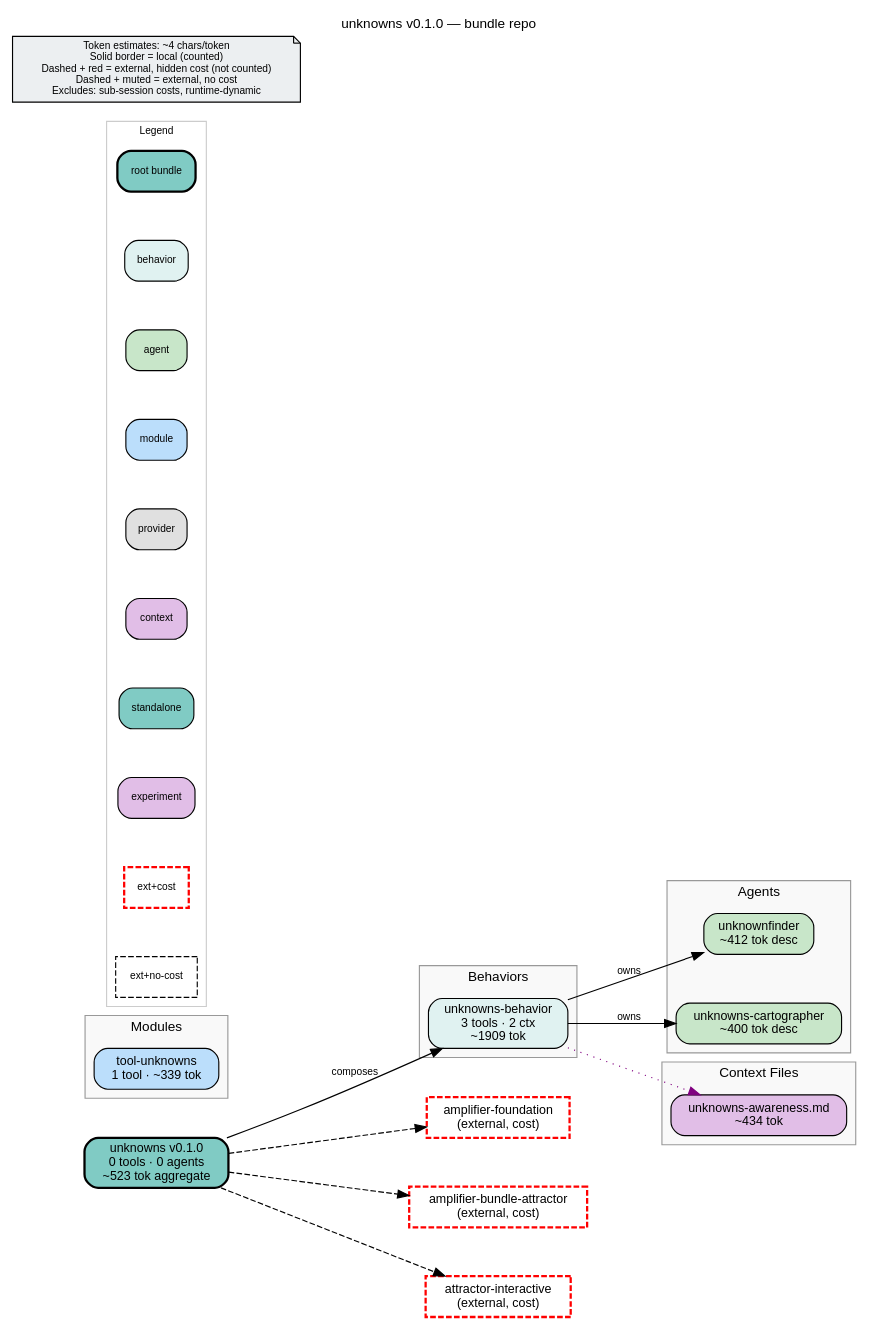
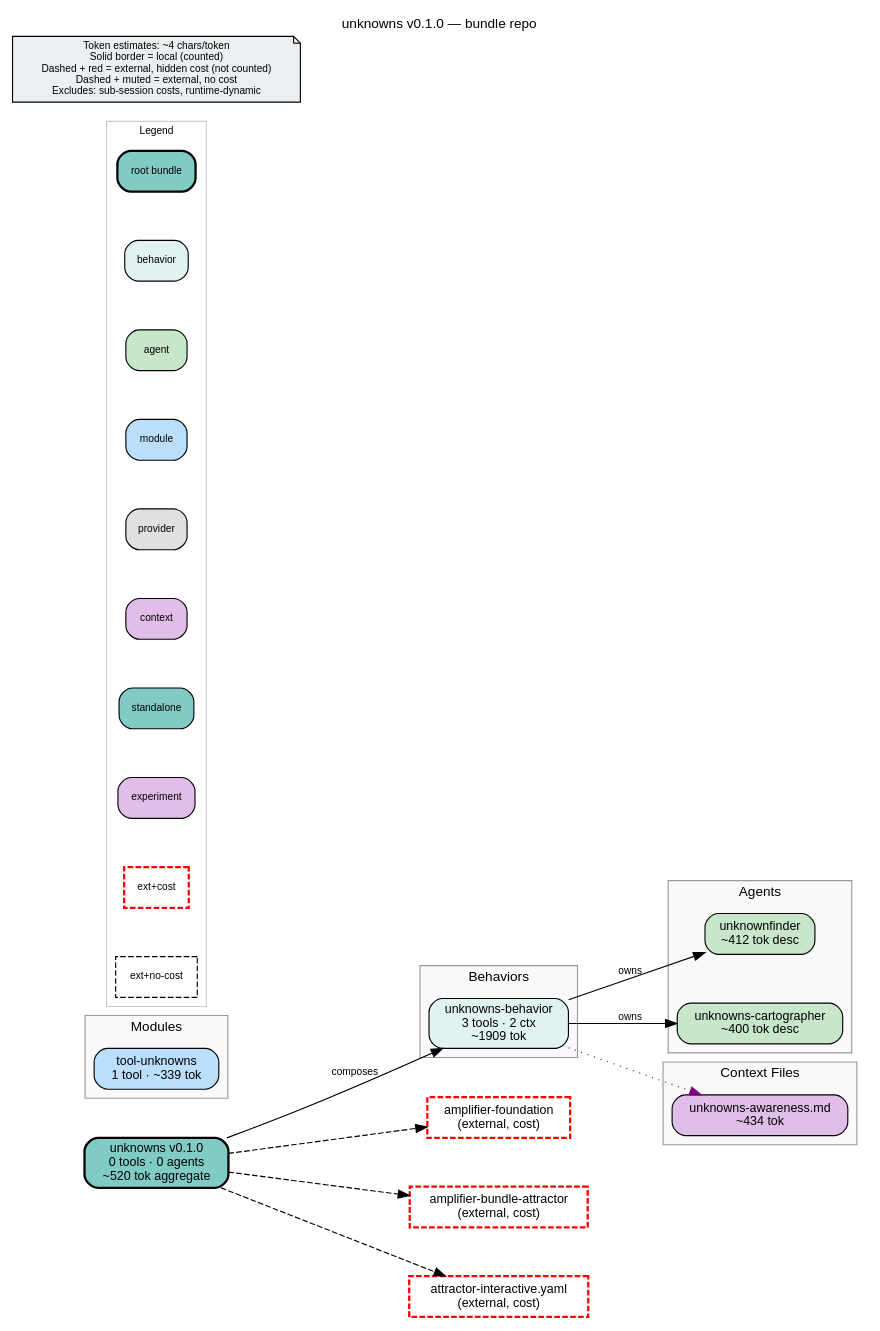
The diagram in bundle.dot (michaeljabbour/amplifier-skill-unknowns), drawn with Graphviz before and after one commit. The commit also changed 4 other files, not shown here.

```diff
--- a/bundle.dot
+++ b/bundle.dot
@@ -1,87 +1,87 @@
 digraph unknowns {
     rankdir=LR
     fontname="Helvetica"
     fontsize=12
     label="unknowns v0.1.0 — bundle repo"
     labelloc=t
     labeljust=c
     nodesep=0.6
     ranksep=0.7
     bgcolor="white"
-    source_hash="59ced1e7354a69d289e257ab02e0503dca51c02e001393c8cb5e85bacb24c46d"
+    source_hash="64b7e2bf847d3813623e7e87eba072143da3f560ec849cd5c5ae4181892a5c97"
 
     node [fontname="Helvetica", fontsize=11, style="filled,rounded"]
     edge [fontname="Helvetica", fontsize=9]
 
-    root_unknowns [label="unknowns v0.1.0\n0 tools · 0 agents\n~523 tok aggregate", shape=box, fillcolor="#80cbc4", style="filled,rounded,bold", penwidth=2]
+    root_unknowns [label="unknowns v0.1.0\n0 tools · 0 agents\n~520 tok aggregate", shape=box, fillcolor="#80cbc4", style="filled,rounded,bold", penwidth=2]
 
     subgraph cluster_behaviors {
         label="Behaviors"
         style="filled"
         fillcolor="#f9f9f9"
         color="#999999"
 
         beh_unknowns_behavior [label="unknowns-behavior\n3 tools · 2 ctx\n~1909 tok", shape=box, fillcolor="#e0f2f1", style="filled,rounded"]
     }
 
     subgraph cluster_agents {
         label="Agents"
         style="filled"
         fillcolor="#f9f9f9"
         color="#999999"
 
         agt_unknownfinder [label="unknownfinder\n~412 tok desc", shape=box, fillcolor="#c8e6c9", style="filled,rounded"]
         agt_unknowns_cartographer [label="unknowns-cartographer\n~400 tok desc", shape=box, fillcolor="#c8e6c9", style="filled,rounded"]
     }
 
     subgraph cluster_modules {
         label="Modules"
         style="filled"
         fillcolor="#f9f9f9"
         color="#999999"
 
         mod_tool_unknowns [label="tool-unknowns\n1 tool · ~339 tok", shape=box, fillcolor="#bbdefb", style="filled,rounded"]
     }
 
     subgraph cluster_context {
         label="Context Files"
         style="filled"
         fillcolor="#f9f9f9"
         color="#999999"
 
         ctx_unknowns_awareness_md [label="unknowns-awareness.md\n~434 tok", shape=box, fillcolor="#e1bee7", style="filled,rounded"]
     }
 
     subgraph cluster_legend {
         label="Legend"
         style="filled"
         fillcolor="white"
         color="#cccccc"
         fontsize=9
 
         leg_root [label="root bundle", shape=box, fillcolor="#80cbc4", style="filled,rounded,bold", fontsize=9]
         leg_behavior [label="behavior", shape=box, fillcolor="#e0f2f1", style="filled,rounded", fontsize=9]
         leg_agent [label="agent", shape=box, fillcolor="#c8e6c9", style="filled,rounded", fontsize=9]
         leg_module [label="module", shape=box, fillcolor="#bbdefb", style="filled,rounded", fontsize=9]
         leg_provider [label="provider", shape=box, fillcolor="#e0e0e0", style="filled,rounded", fontsize=9]
         leg_context [label="context", shape=box, fillcolor="#e1bee7", style="filled,rounded", fontsize=9]
         leg_standalone [label="standalone", shape=box, fillcolor="#80cbc4", style="filled,rounded", fontsize=9]
         leg_experiment [label="experiment", shape=box, fillcolor="#e1bee7", style="filled,rounded", fontsize=9]
         leg_ext_cost [label="ext+cost", shape=box, fillcolor="#80cbc4", style="dashed", color="red", penwidth=2, fontsize=9]
         leg_ext_muted [label="ext+no-cost", shape=box, fillcolor="#f5f5f5", style="dashed", fontsize=9]
     }
 
     disclaimer [label="Token estimates: ~4 chars/token\nSolid border = local (counted)\nDashed + red = external, hidden cost (not counted)\nDashed + muted = external, no cost\nExcludes: sub-session costs, runtime-dynamic", shape=note, fillcolor="#eceff1", style="filled", fontsize=9]
 
     ext_githttps___github_com_microsoft_amplifier_foundation_main [label="amplifier-foundation\n(external, cost)", shape=box, fillcolor="#80cbc4", style="dashed", color="red", penwidth=2]
     ext_githttps___github_com_microsoft_amplifier_bundle_attractor_main [label="amplifier-bundle-attractor\n(external, cost)", shape=box, fillcolor="#80cbc4", style="dashed", color="red", penwidth=2]
-    ext_attractor_bundles_attractor_interactive [label="attractor-interactive\n(external, cost)", shape=box, fillcolor="#80cbc4", style="dashed", color="red", penwidth=2]
+    ext_githttps___github_com_microsoft_amplifier_bundle_attractor_mainsubdirectorybundles_attractor_interactive_yaml [label="attractor-interactive.yaml\n(external, cost)", shape=box, fillcolor="#80cbc4", style="dashed", color="red", penwidth=2]
 
     root_unknowns -> ext_githttps___github_com_microsoft_amplifier_foundation_main [style=dashed]
     root_unknowns -> ext_githttps___github_com_microsoft_amplifier_bundle_attractor_main [style=dashed]
-    root_unknowns -> ext_attractor_bundles_attractor_interactive [style=dashed]
+    root_unknowns -> ext_githttps___github_com_microsoft_amplifier_bundle_attractor_mainsubdirectorybundles_attractor_interactive_yaml [style=dashed]
     root_unknowns -> beh_unknowns_behavior [label="composes"]
     beh_unknowns_behavior -> agt_unknowns_cartographer [label="owns"]
     beh_unknowns_behavior -> agt_unknownfinder [label="owns"]
     beh_unknowns_behavior -> ctx_unknowns_awareness_md [style=dotted, color=purple]
 }
```
